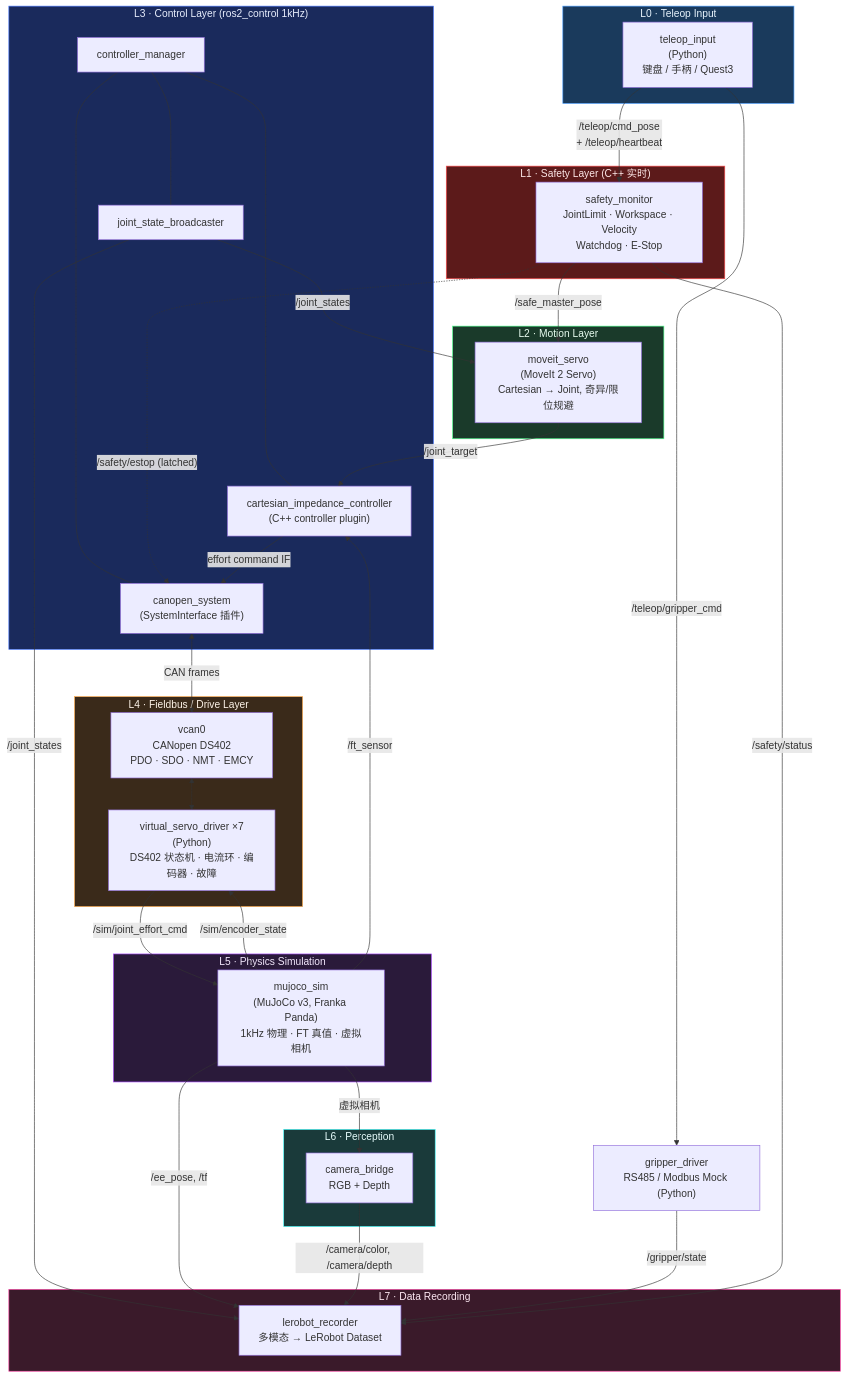
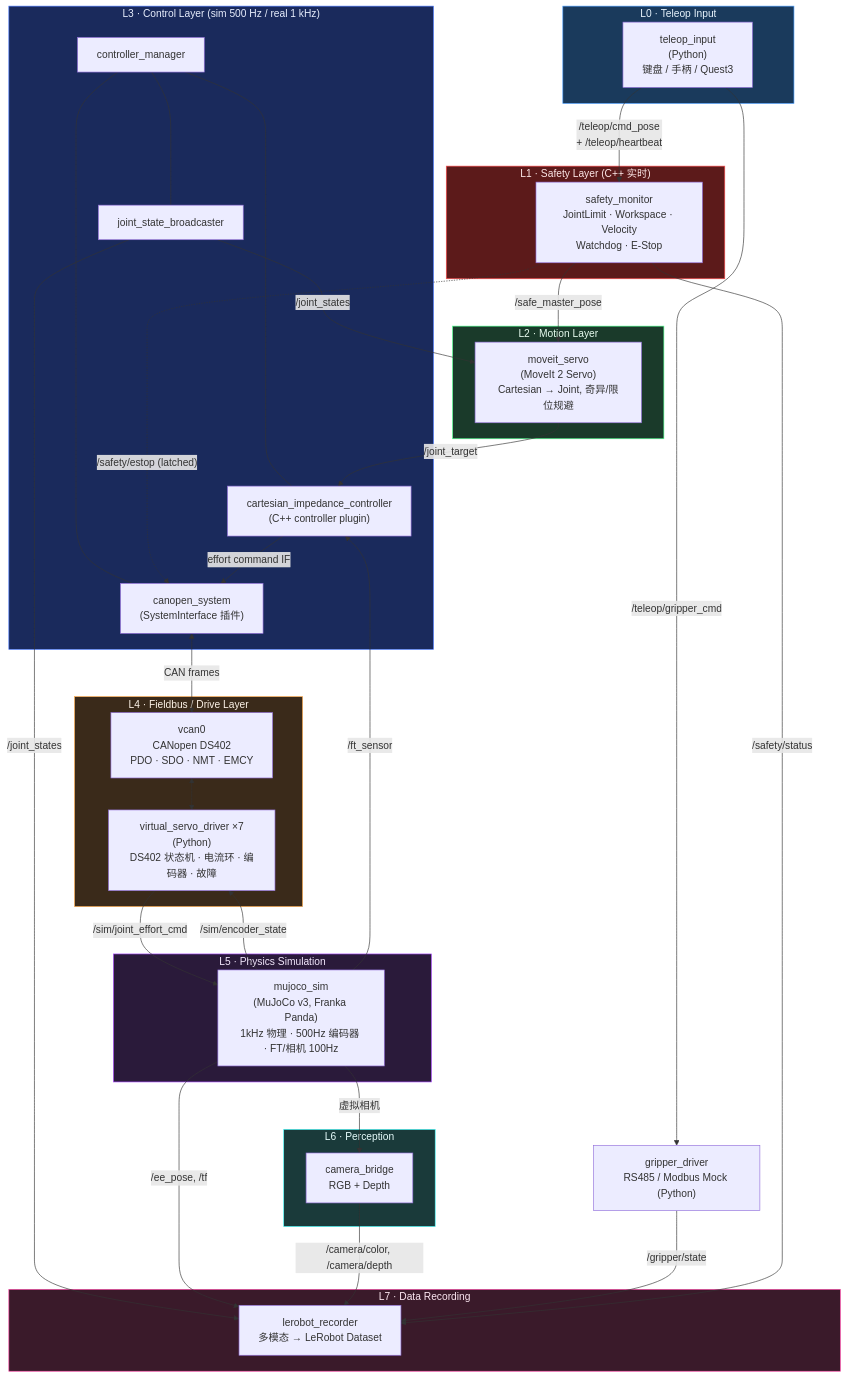
Before and after one commit to inayina/ros2-arm-teleoperation-suite: the first of 5 diagrams in docs/ARCHITECTURE_V2.md, drawn with Mermaid. The commit also changed other lines of this file and 49 other files, not shown here.

````diff
--- a/docs/ARCHITECTURE_V2.md
+++ b/docs/ARCHITECTURE_V2.md
@@ -33,71 +35,71 @@
 ```mermaid
 flowchart TB
     subgraph L0["L0 · Teleop Input"]
         TI["teleop_input<br/>(Python)<br/>键盘 / 手柄 / Quest3"]
     end
 
     subgraph L1["L1 · Safety Layer (C++ 实时)"]
         SM["safety_monitor<br/>JointLimit · Workspace · Velocity<br/>Watchdog · E-Stop"]
     end
 
     subgraph L2["L2 · Motion Layer"]
         SV["moveit_servo<br/>(MoveIt 2 Servo)<br/>Cartesian → Joint, 奇异/限位规避"]
     end
 
-    subgraph L3["L3 · Control Layer (ros2_control 1kHz)"]
+    subgraph L3["L3 · Control Layer (sim 500 Hz / real 1 kHz)"]
         CM["controller_manager"]
         IMP["cartesian_impedance_controller<br/>(C++ controller plugin)"]
         JSB["joint_state_broadcaster"]
         HW["canopen_system<br/>(SystemInterface 插件)"]
         CM --- IMP
         CM --- JSB
         CM --- HW
     end
 
     subgraph L4["L4 · Fieldbus / Drive Layer"]
         VCAN["vcan0<br/>CANopen DS402<br/>PDO · SDO · NMT · EMCY"]
         VSD["virtual_servo_driver ×7<br/>(Python)<br/>DS402 状态机 · 电流环 · 编码器 · 故障"]
         VCAN <--> VSD
     end
 
     subgraph L5["L5 · Physics Simulation"]
-        MJ["mujoco_sim<br/>(MuJoCo v3, Franka Panda)<br/>1kHz 物理 · FT 真值 · 虚拟相机"]
+        MJ["mujoco_sim<br/>(MuJoCo v3, Franka Panda)<br/>1kHz 物理 · 500Hz 编码器 · FT/相机 100Hz"]
     end
 
     subgraph L6["L6 · Perception"]
         CAM["camera_bridge<br/>RGB + Depth"]
     end
 
     subgraph L7["L7 · Data Recording"]
         REC["lerobot_recorder<br/>多模态 → LeRobot Dataset"]
     end
 
     GR["gripper_driver<br/>RS485 / Modbus Mock (Python)"]
 
     TI -->|"/teleop/cmd_pose<br/>+ /teleop/heartbeat"| SM
     SM -->|"/safe_master_pose"| SV
     SM -.->|"/safety/estop (latched)"| HW
     SV -->|"/joint_target"| IMP
     IMP -->|"effort command IF"| HW
     JSB -->|"/joint_states"| SV
     JSB -->|"/joint_states"| REC
     HW <-->|"CAN frames"| VCAN
     VSD -->|"/sim/joint_effort_cmd"| MJ
     MJ -->|"/sim/encoder_state"| VSD
     MJ -->|"/ft_sensor"| IMP
     MJ -->|"虚拟相机"| CAM
     MJ -->|"/ee_pose, /tf"| REC
     CAM -->|"/camera/color, /camera/depth"| REC
     TI -->|"/teleop/gripper_cmd"| GR
     GR -->|"/gripper/state"| REC
     SM -->|"/safety/status"| REC
 
     style L0 fill:#1a3a5c,stroke:#4a9eff,color:#e8f4fd
     style L1 fill:#5c1a1a,stroke:#ff4a4a,color:#fde8e8
     style L2 fill:#1a3a2a,stroke:#4aff8a,color:#e8fdf0
     style L3 fill:#1a2a5c,stroke:#4a7aff,color:#e8eefd
     style L4 fill:#3a2a1a,stroke:#ffaa4a,color:#fdf3e8
     style L5 fill:#2a1a3a,stroke:#aa4aff,color:#f3e8fd
     style L6 fill:#1a3a3a,stroke:#4affff,color:#e8fdfd
     style L7 fill:#3a1a2a,stroke:#ff4aaa,color:#fde8f3
 ```
````
